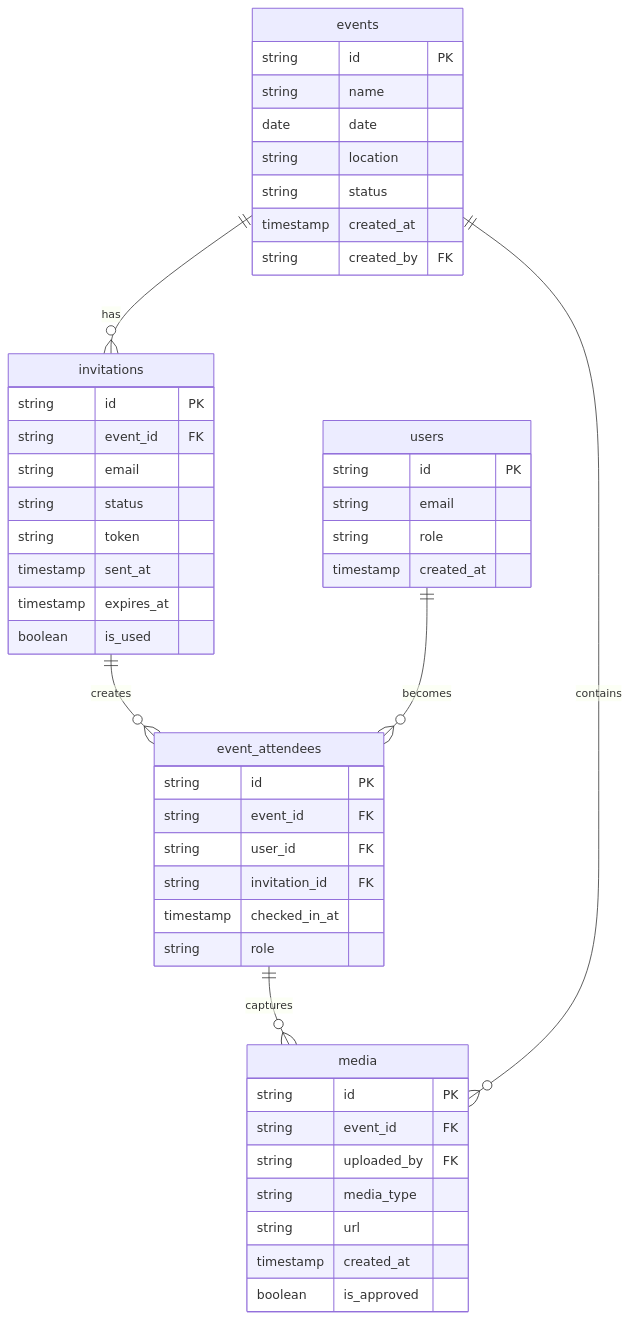
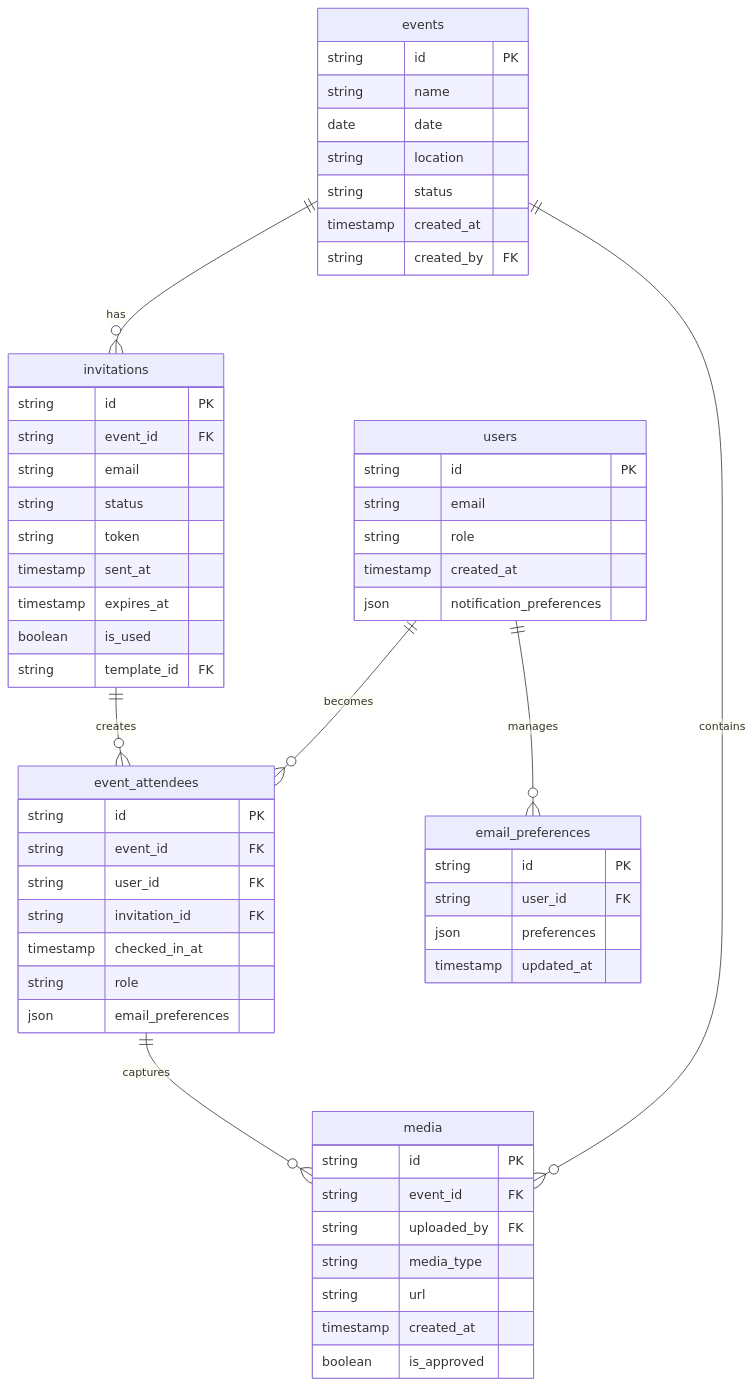
One commit to mrj0nesmtl/cloud-burst changed the diagram in docs/user-flows/invitation_system_development_plan.md. Above: the diagram before and after it, drawn with Mermaid. The commit also changed other lines of this file and 85 other files, not shown here.

````diff
--- a/docs/user-flows/invitation_system_development_plan.md
+++ b/docs/user-flows/invitation_system_development_plan.md
@@ -88,55 +91,66 @@
 ```mermaid
 erDiagram
     events ||--o{ invitations : has
     invitations ||--o{ event_attendees : creates
     users ||--o{ event_attendees : becomes
     event_attendees ||--o{ media : captures
     events ||--o{ media : contains
+    users ||--o{ email_preferences : manages
     
     events {
         string id PK
         string name
         date date
         string location
         string status
         timestamp created_at
         string created_by FK
     }
     
     invitations {
         string id PK
         string event_id FK
         string email
         string status
         string token
         timestamp sent_at
         timestamp expires_at
         boolean is_used
+        string template_id FK
     }
     
     event_attendees {
         string id PK
         string event_id FK
         string user_id FK
         string invitation_id FK
         timestamp checked_in_at
         string role
+        json email_preferences
     }
     
     users {
         string id PK
         string email
         string role
         timestamp created_at
+        json notification_preferences
     }
     
     media {
         string id PK
         string event_id FK
         string uploaded_by FK
         string media_type
         string url
         timestamp created_at
         boolean is_approved
     }
+    
+    email_preferences {
+        string id PK
+        string user_id FK
+        json preferences
+        timestamp updated_at
+    }
 ```
````
